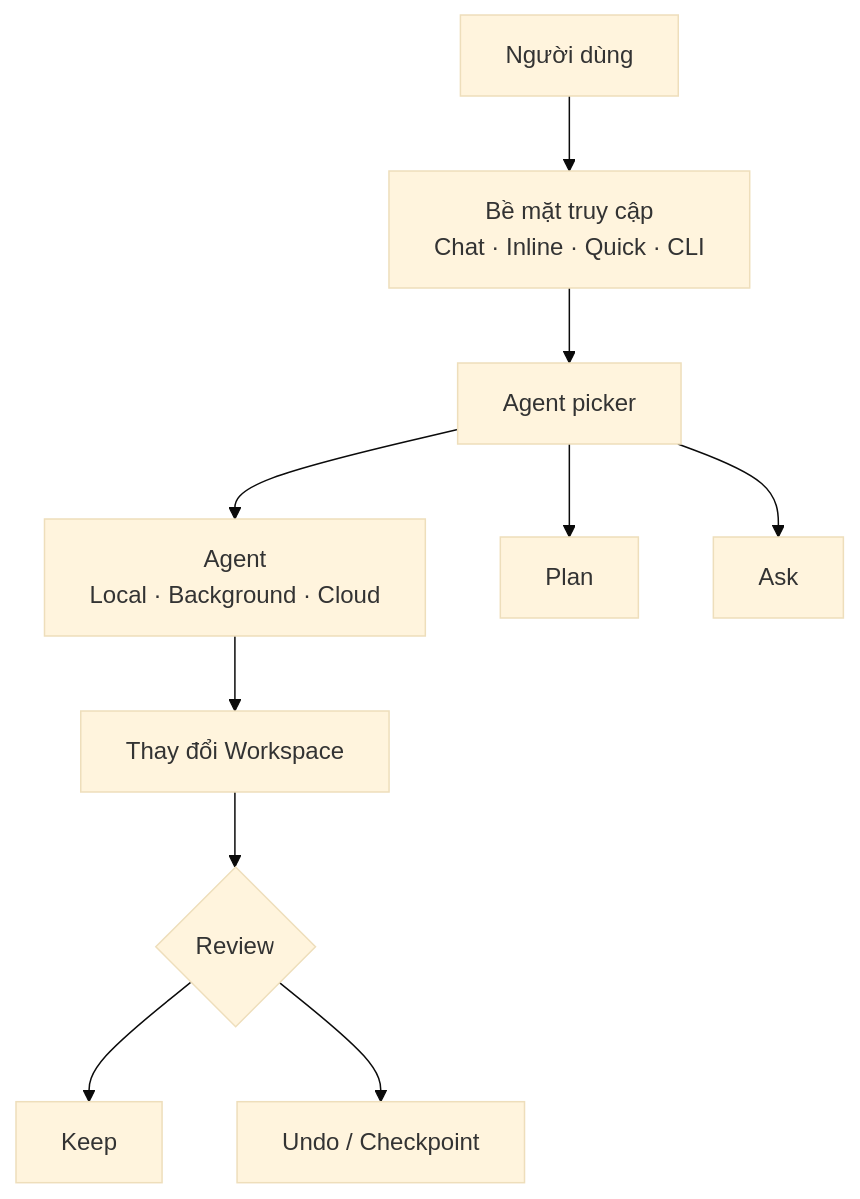
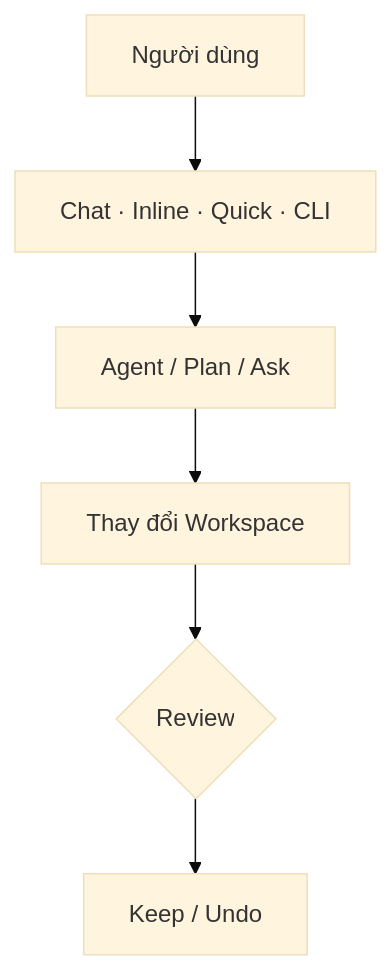
Before and after one commit to sonbkt303/AI_Knowledge: the diagram in docs/topics/copilot/04-chat.md, drawn with Mermaid (base theme). The commit also changed other lines of this file, not shown here.

Commit message:
docs: enhance 04-chat.md with examples, notes, and next steps for improved user guidance

````diff
--- a/docs/topics/copilot/04-chat.md
+++ b/docs/topics/copilot/04-chat.md
@@ -233,12 +154,8 @@
 ```mermaid
 graph TD
-  U[Người dùng] --> M["Bề mặt truy cập<br/>Chat · Inline · Quick · CLI"]
-  M --> AP[Agent picker]
-  AP --> A["Agent<br/>Local · Background · Cloud"]
-  AP --> B[Plan]
-  AP --> C[Ask]
+  U[Người dùng] --> M["Chat · Inline · Quick · CLI"]
+  M --> A["Agent / Plan / Ask"]
   A --> W[Thay đổi Workspace]
   W --> R{Review}
-  R --> K[Keep]
-  R --> X[Undo / Checkpoint]
+  R --> K["Keep / Undo"]
 ```
````
